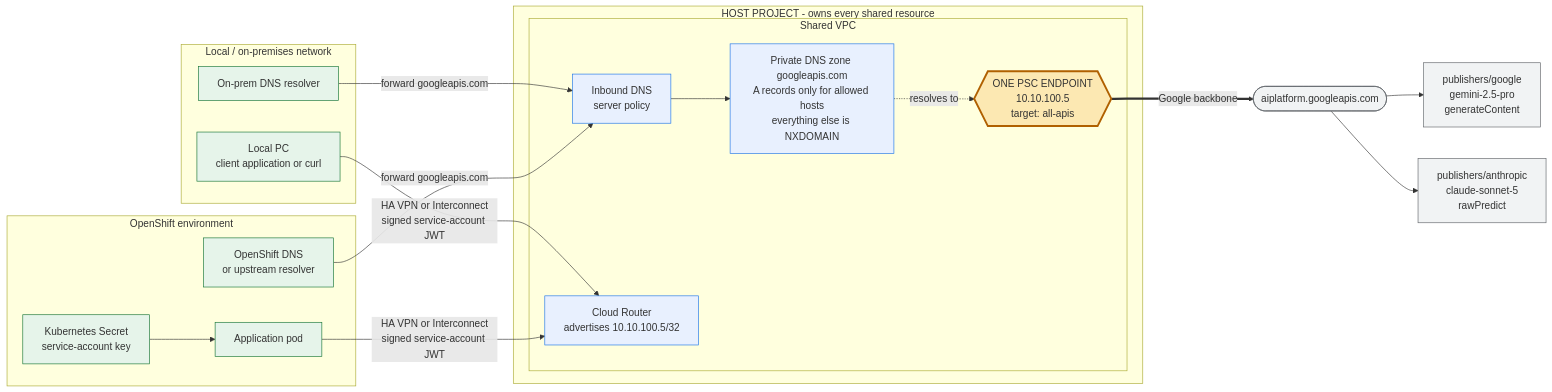
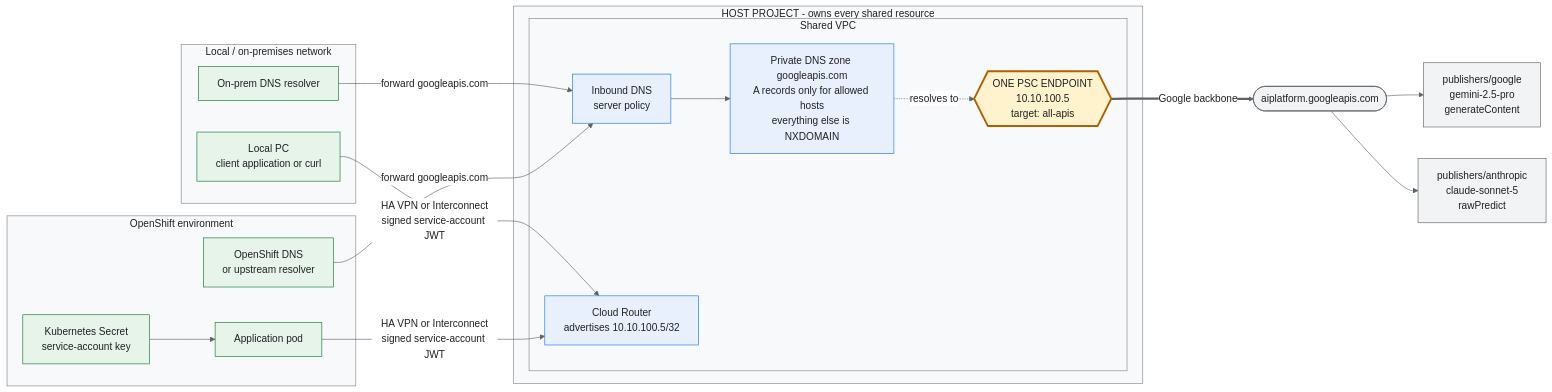
The first of 4 diagrams in docs/VERTEX-AI-PSC-ONPREM.md (UttamGiri/GCP-Bootstrap), drawn with Mermaid before and after one commit. The commit also changed other lines of this file, not shown here.

First line of the commit message:
Use light Mermaid theme colors for GitHub readability.

````diff
--- a/docs/VERTEX-AI-PSC-ONPREM.md
+++ b/docs/VERTEX-AI-PSC-ONPREM.md
@@ -13,46 +13,47 @@
 ```mermaid
+%%{init: {'theme': 'base', 'themeVariables': {'background': '#ffffff', 'mainBkg': '#ffffff', 'primaryColor': '#e8f0fe', 'primaryTextColor': '#202124', 'primaryBorderColor': '#1a73e8', 'secondaryColor': '#e6f4ea', 'secondaryTextColor': '#202124', 'tertiaryColor': '#fff8e1', 'tertiaryTextColor': '#202124', 'lineColor': '#5f6368', 'textColor': '#202124', 'clusterBkg': '#f8f9fa', 'clusterBorder': '#80868b', 'titleColor': '#202124', 'edgeLabelBackground': '#ffffff'}}}%%
 flowchart LR
     subgraph LOCAL["Local / on-premises network"]
         PC["Local PC<br/>client application or curl"]
         RES["On-prem DNS resolver"]
     end
 
     subgraph OCP["OpenShift environment"]
         POD["Application pod"]
         SECRET["Kubernetes Secret<br/>service-account key"]
         OCPDNS["OpenShift DNS<br/>or upstream resolver"]
     end
 
     subgraph HOST["HOST PROJECT - owns every shared resource"]
         subgraph VPC["Shared VPC"]
             PSC{{"ONE PSC ENDPOINT<br/>10.10.100.5<br/>target: all-apis"}}
             ZONE["Private DNS zone googleapis.com<br/>A records only for allowed hosts<br/>everything else is NXDOMAIN"]
             POL["Inbound DNS<br/>server policy"]
             RTR["Cloud Router<br/>advertises 10.10.100.5/32"]
         end
     end
 
     API(["aiplatform.googleapis.com"])
     GEM["publishers/google<br/>gemini-2.5-pro<br/>generateContent"]
     CLA["publishers/anthropic<br/>claude-sonnet-5<br/>rawPredict"]
 
     RES -->|"forward googleapis.com"| POL
     OCPDNS -->|"forward googleapis.com"| POL
     POL --> ZONE
     ZONE -.->|"resolves to"| PSC
     PC -->|"HA VPN or Interconnect<br/>signed service-account JWT"| RTR
     POD -->|"HA VPN or Interconnect<br/>signed service-account JWT"| RTR
     SECRET --> POD
     PSC ==>|"Google backbone"| API
     API --> GEM
     API --> CLA
 
-    classDef shared fill:#e8f0fe,stroke:#1a73e8
-    classDef one fill:#fce8b2,stroke:#b06000,stroke-width:3px
-    classDef svc fill:#e6f4ea,stroke:#137333
-    classDef ext fill:#f1f3f4,stroke:#5f6368
+    classDef shared fill:#e8f0fe,stroke:#1a73e8,color:#202124
+    classDef one fill:#fff3cd,stroke:#b06000,stroke-width:3px,color:#202124
+    classDef svc fill:#e6f4ea,stroke:#137333,color:#202124
+    classDef ext fill:#f1f3f4,stroke:#5f6368,color:#202124
     class ZONE,POL,RTR shared
     class PSC one
     class PC,RES,POD,SECRET,OCPDNS svc
     class API,GEM,CLA ext
 ```
````
